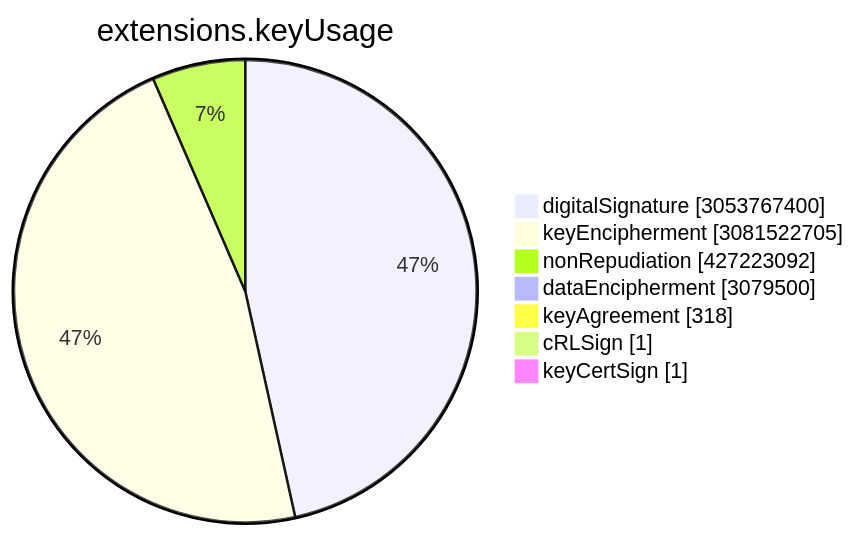
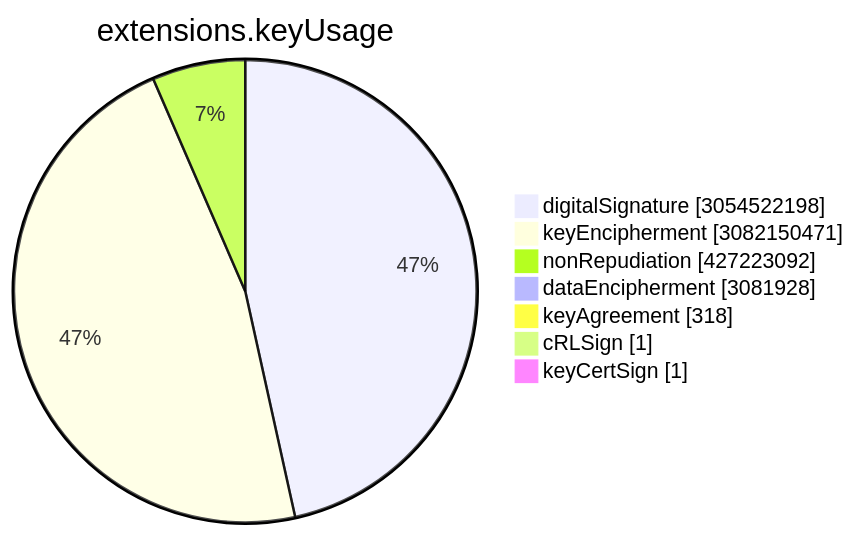
One commit to christiankrug/ctmonitor_visualization changed the sixth of 15 diagrams in TOTAL/README.md. Above: the diagram before and after it, drawn with Mermaid. The commit also changed other lines of this file, not shown here.

````diff
--- a/TOTAL/README.md
+++ b/TOTAL/README.md
@@ -3075,11 +3075,11 @@
 ```mermaid
 pie showData
 title extensions.keyUsage
-"digitalSignature" :3053767400
-"keyEncipherment" :3081522705
+"digitalSignature" :3054522198
+"keyEncipherment" :3082150471
 "nonRepudiation" :427223092
-"dataEncipherment" :3079500
+"dataEncipherment" :3081928
 "keyAgreement" :318
 "cRLSign" :1
 "keyCertSign" :1
 ```
````
